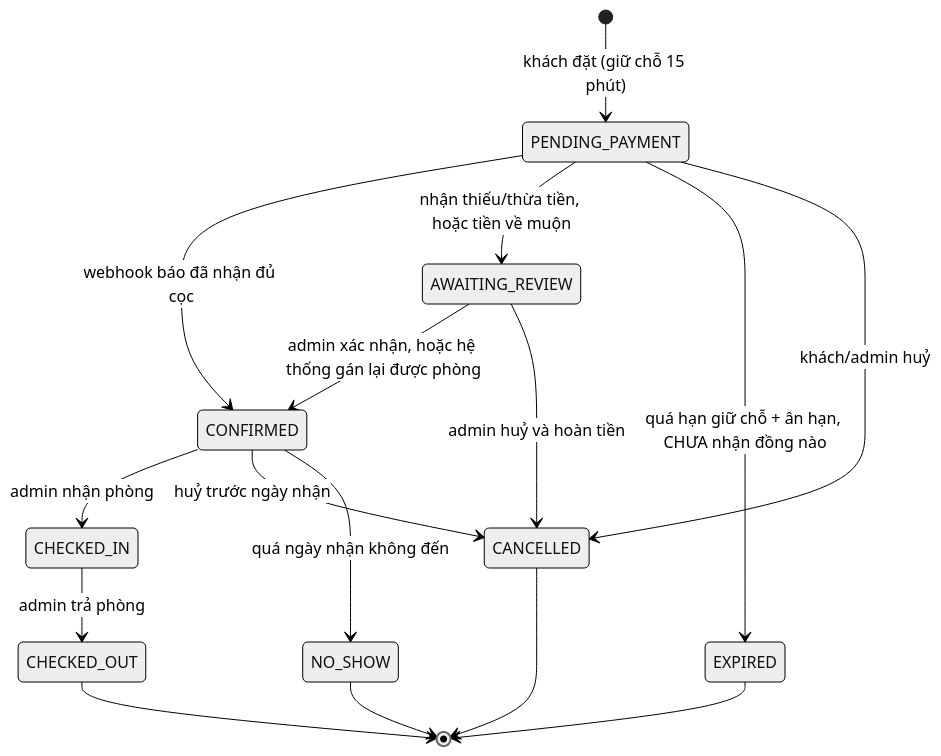
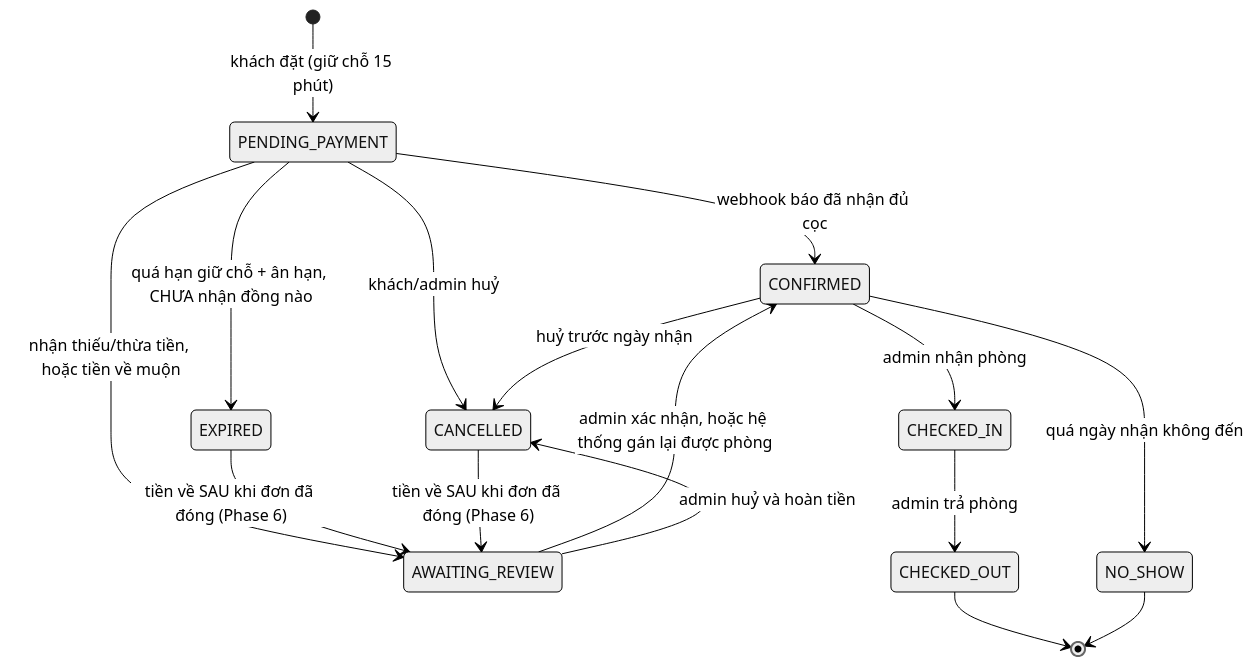
Before and after one commit to nhquan403/Project-Final-TVU: the second of 2 diagrams in plans/260907-1304-homestay-tvh-booking/phase-05-booking-core.md, drawn with Mermaid (neutral theme). The commit also changed other lines of this file and 2 other files, not shown here.

Commit message:
docs: mark phase 6 as done and open the late-payment state edge
Sơ đồ vòng đời booking ở Phase 5 vẽ EXPIRED và CANCELLED là ngõ cụt tuyệt đối,
nhưng bảng quyết định của Phase 6 đòi đúng một đường ra để cứu tiền về muộn.
Cập nhật sơ đồ và ghi rõ vì sao cạnh đó không đi thẳng sang CONFIRMED.

Claude-Session: https://claude.ai/code/session_01AEgUuwxWZb75UPoWigF6iK

````diff
--- a/plans/260907-1304-homestay-tvh-booking/phase-05-booking-core.md
+++ b/plans/260907-1304-homestay-tvh-booking/phase-05-booking-core.md
@@ -117,18 +117,18 @@
 ```mermaid
 stateDiagram-v2
     [*] --> PENDING_PAYMENT: khách đặt (giữ chỗ 15 phút)
     PENDING_PAYMENT --> CONFIRMED: webhook báo đã nhận đủ cọc
     PENDING_PAYMENT --> AWAITING_REVIEW: nhận thiếu/thừa tiền, hoặc tiền về muộn
     PENDING_PAYMENT --> EXPIRED: quá hạn giữ chỗ + ân hạn, CHƯA nhận đồng nào
     PENDING_PAYMENT --> CANCELLED: khách/admin huỷ
     AWAITING_REVIEW --> CONFIRMED: admin xác nhận, hoặc hệ thống gán lại được phòng
     AWAITING_REVIEW --> CANCELLED: admin huỷ và hoàn tiền
     CONFIRMED --> CHECKED_IN: admin nhận phòng
     CONFIRMED --> CANCELLED: huỷ trước ngày nhận
     CONFIRMED --> NO_SHOW: quá ngày nhận không đến
     CHECKED_IN --> CHECKED_OUT: admin trả phòng
+    EXPIRED --> AWAITING_REVIEW: tiền về SAU khi đơn đã đóng (Phase 6)
+    CANCELLED --> AWAITING_REVIEW: tiền về SAU khi đơn đã đóng (Phase 6)
     CHECKED_OUT --> [*]
-    EXPIRED --> [*]
-    CANCELLED --> [*]
     NO_SHOW --> [*]
 ```
````
